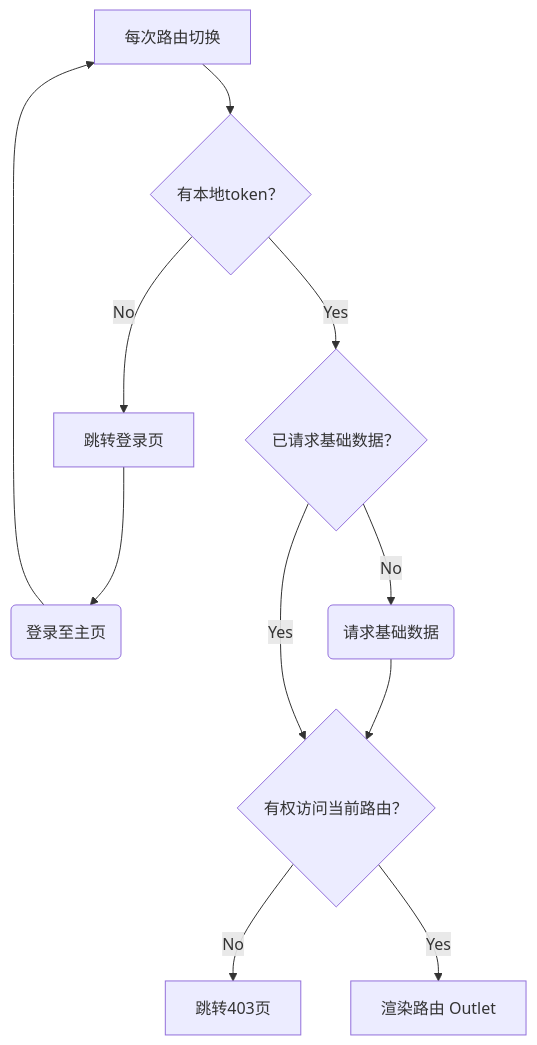
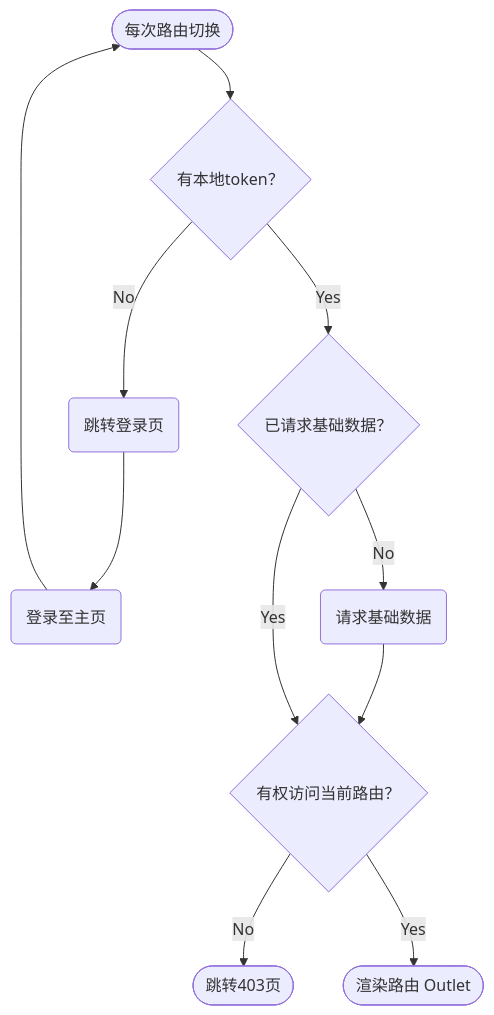
One commit to diandian18/react-antd-console changed the diagram in docs/development/auth.md. Above: the diagram before and after it, drawn with Mermaid. The commit also changed 4 other files, not shown here.

````diff
--- a/docs/development/auth.md
+++ b/docs/development/auth.md
@@ -5,10 +5,10 @@
 ```mermaid
-graph TD
-  A[每次路由切换] --> B{有本地token？}
-  B -->|No| C[跳转登录页] --> Z(登录至主页) --> A
+flowchart TD
+  A([每次路由切换]) --> B{有本地token？}
+  B -->|No| C(跳转登录页) --> Z(登录至主页) --> A
   B -->|Yes| D{已请求基础数据？}
   D -->|No| E(请求基础数据) --> F
   D -->|Yes| F{有权访问当前路由？}
-  F --> |No| G[跳转403页]
-  F --> |Yes| H[渲染路由 Outlet]
+  F --> |No| G([跳转403页])
+  F --> |Yes| H([渲染路由 Outlet])
 ```
````
